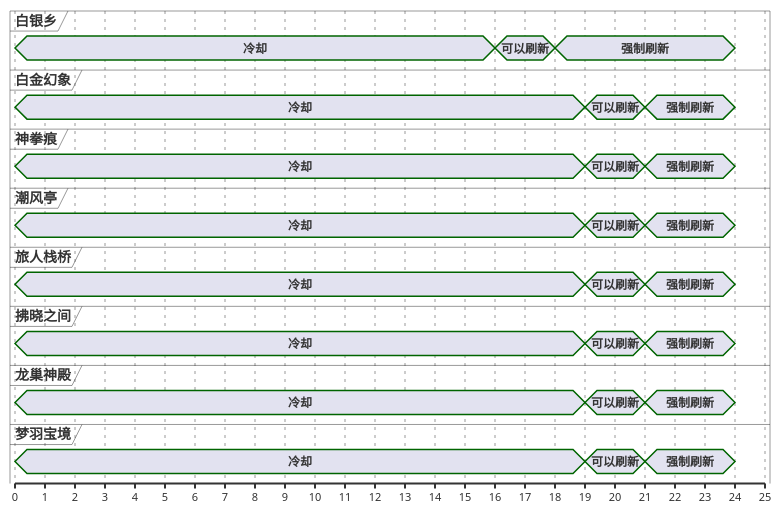
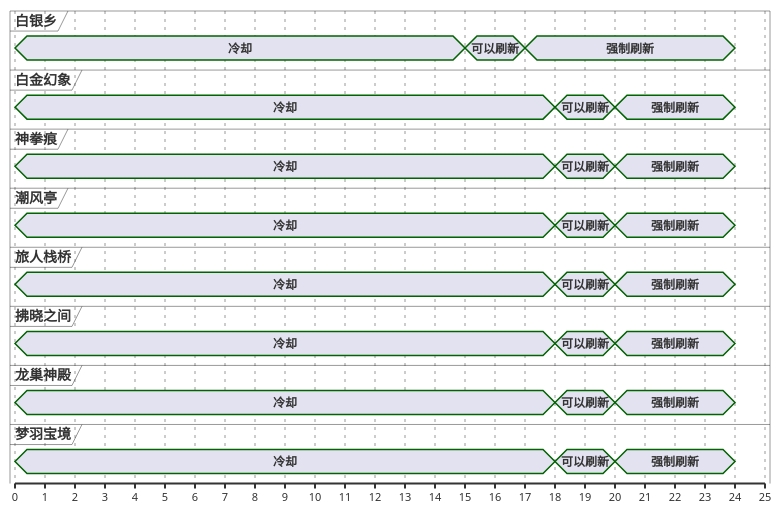
The second of 13 diagrams in ffxiv/hunt/2.0/Mindflayer.md (Eroleice/doc-pi), drawn with PlantUML before and after one commit. The commit also changed other lines of this file and 38 other files, not shown here.

````diff
--- a/ffxiv/hunt/2.0/Mindflayer.md
+++ b/ffxiv/hunt/2.0/Mindflayer.md
@@ -99,63 +99,63 @@
 ```plantuml
 @startuml
 scale 1 as 30 pixels
 
 concise 白银乡
 concise 白金幻象
 concise 神拳痕
 concise 潮风亭
 concise 旅人栈桥
 concise 拂晓之间
 concise 龙巢神殿
 concise 梦羽宝境
 
 @白银乡
 0 is 冷却
-16 is 可以刷新
-18 is 强制刷新
+15 is 可以刷新
+17 is 强制刷新
 24 is {hidden}
 
 @龙巢神殿
 0 is 冷却
-19 is 可以刷新
-21 is 强制刷新
+18 is 可以刷新
+20 is 强制刷新
 24 is {hidden}
 
 @梦羽宝境
 0 is 冷却
-19 is 可以刷新
-21 is 强制刷新
+18 is 可以刷新
+20 is 强制刷新
 24 is {hidden}
 
 @拂晓之间
 0 is 冷却
-19 is 可以刷新
-21 is 强制刷新
+18 is 可以刷新
+20 is 强制刷新
 24 is {hidden}
 
 @白金幻象
 0 is 冷却
-19 is 可以刷新
-21 is 强制刷新
+18 is 可以刷新
+20 is 强制刷新
 24 is {hidden}
 
 @旅人栈桥
 0 is 冷却
-19 is 可以刷新
-21 is 强制刷新
+18 is 可以刷新
+20 is 强制刷新
 24 is {hidden}
 
 @潮风亭
 0 is 冷却
-19 is 可以刷新
-21 is 强制刷新
+18 is 可以刷新
+20 is 强制刷新
 24 is {hidden}
 
 @神拳痕
 0 is 冷却
-19 is 可以刷新
-21 is 强制刷新
+18 is 可以刷新
+20 is 强制刷新
 24 is {hidden}
 
 @enduml
 ```
````
